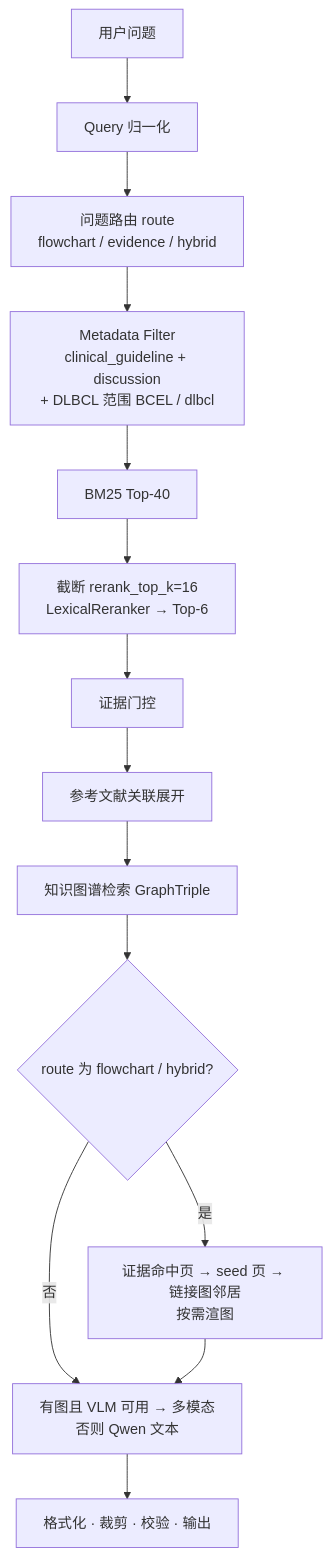
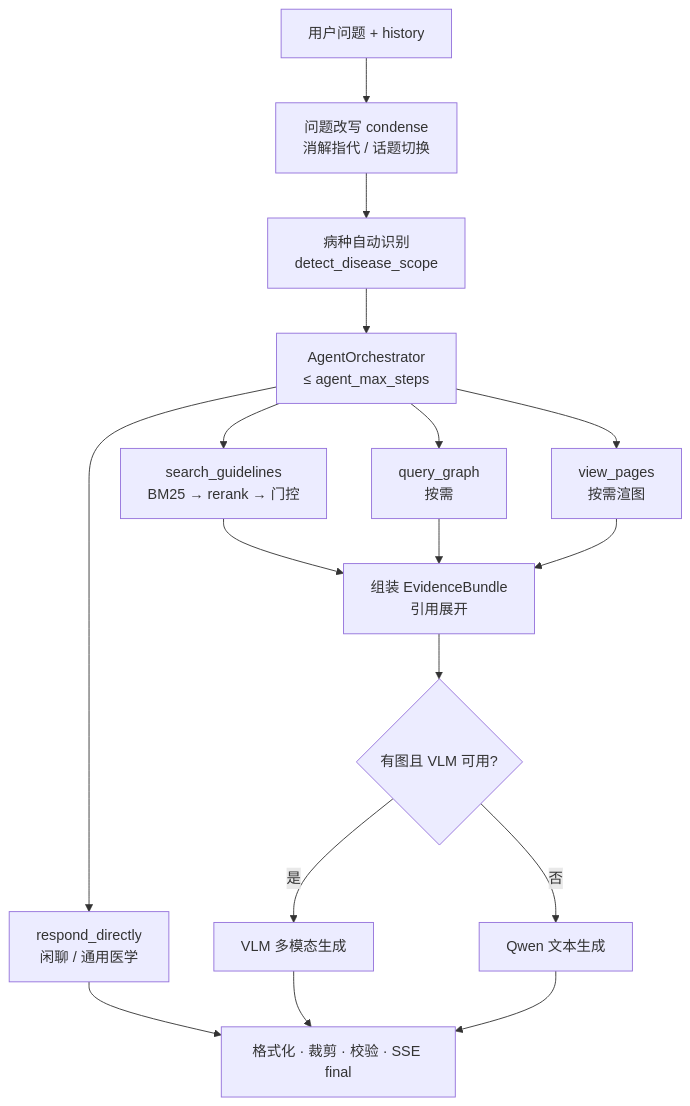
The first of 2 diagrams in docs/技术实现.md (CHEN814/Guideflow), drawn with Mermaid before and after one commit. The commit also changed other lines of this file and 36 other files, not shown here.

````diff
--- a/docs/技术实现.md
+++ b/docs/技术实现.md
@@ -152,16 +165,20 @@
 ```mermaid
 flowchart TD
-    Q[用户问题] --> N[Query 归一化]
-    N --> R[问题路由 route<br/>flowchart / evidence / hybrid]
-    R --> F[Metadata Filter<br/>clinical_guideline + discussion<br/>+ DLBCL 范围 BCEL / dlbcl]
-    F --> B[BM25 Top-40]
-    B --> RR[截断 rerank_top_k=16<br/>LexicalReranker → Top-6]
-    RR --> G[证据门控]
-    G --> REF[参考文献关联展开]
-    REF --> KG[知识图谱检索 GraphTriple]
-    KG --> FIG{route 为 flowchart / hybrid?}
-    FIG -->|是| IMG[证据命中页 → seed 页 → 链接图邻居<br/>按需渲图]
-    FIG -->|否| GEN
-    IMG --> GEN[有图且 VLM 可用 → 多模态<br/>否则 Qwen 文本]
-    GEN --> OUT[格式化 · 裁剪 · 校验 · 输出]
+    Q["用户问题 + history"] --> C["问题改写 condense<br/>消解指代 / 话题切换"]
+    C --> D["病种自动识别<br/>detect_disease_scope"]
+    D --> A["AgentOrchestrator<br/>≤ agent_max_steps"]
+    A --> T1["search_guidelines<br/>BM25 → rerank → 门控"]
+    A --> T2["query_graph<br/>按需"]
+    A --> T3["view_pages<br/>按需渲图"]
+    A --> T4["respond_directly<br/>闲聊 / 通用医学"]
+    T4 --> OUT
+    T1 --> R["组装 EvidenceBundle<br/>引用展开"]
+    T2 --> R
+    T3 --> R
+    R --> G{"有图且 VLM 可用?"}
+    G -->|是| VLM["VLM 多模态生成"]
+    G -->|否| TXT["Qwen 文本生成"]
+    VLM --> OUT
+    TXT --> OUT
+    OUT["格式化 · 裁剪 · 校验 · SSE final"]
 ```
````
